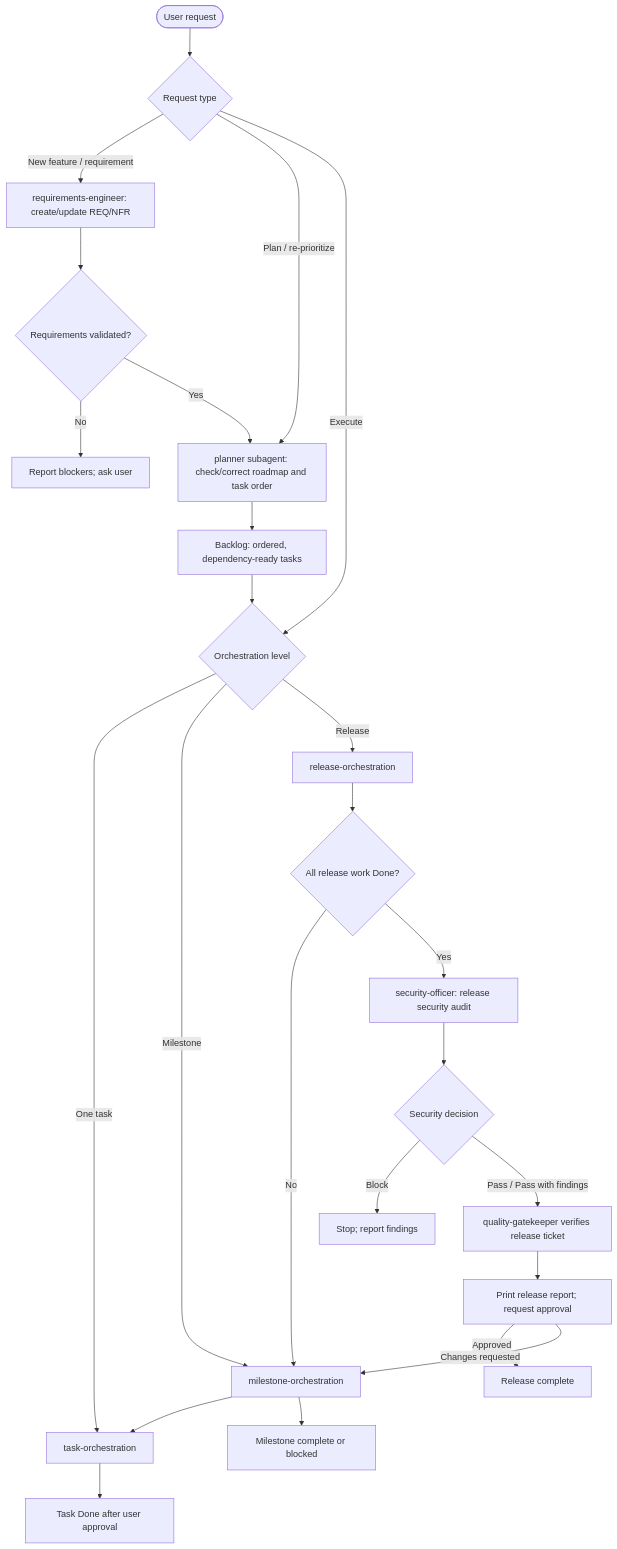
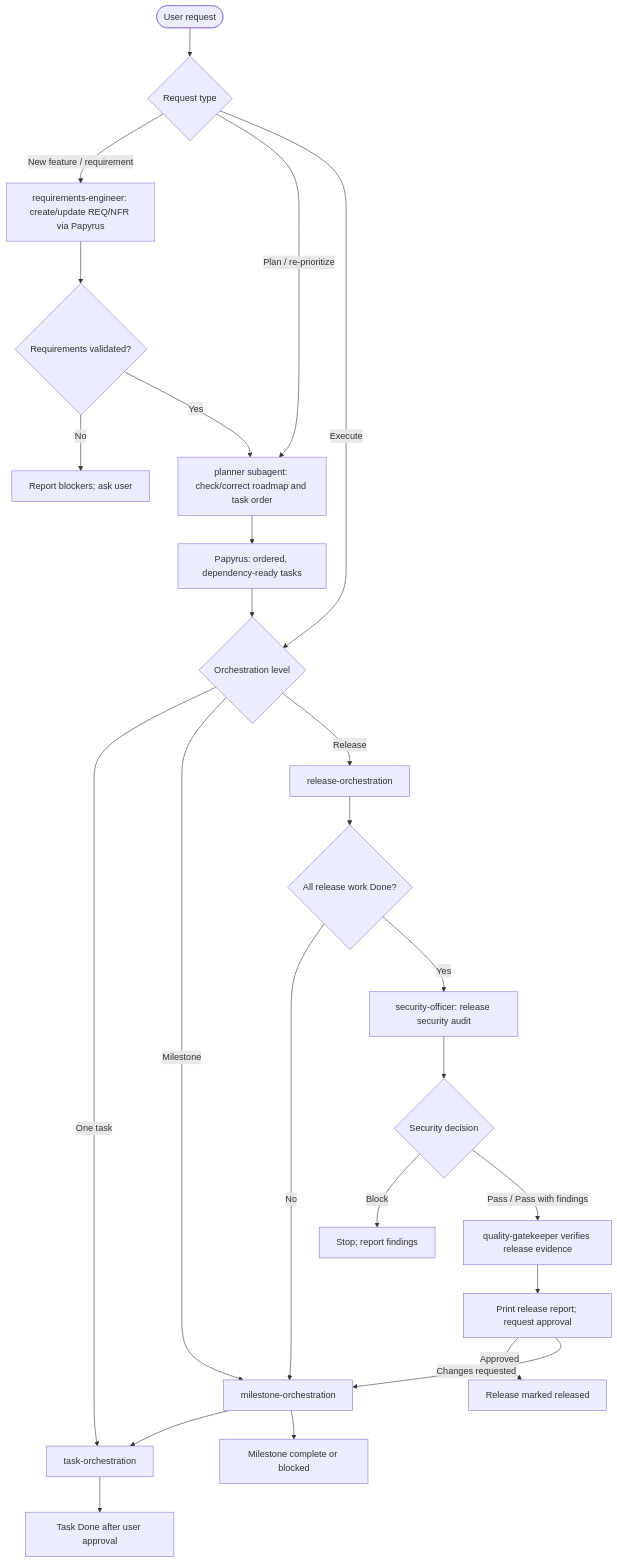
Before and after one commit to lyndametref/opencode-dev-workflow: the first of 5 diagrams in workflows/orchestrator/README.md, drawn with Mermaid. The commit also changed other lines of this file and 65 other files, not shown here.

Commit message:
use papyrus instead of backlog md

````diff
--- a/workflows/orchestrator/README.md
+++ b/workflows/orchestrator/README.md
@@ -23,27 +26,27 @@
 ```mermaid
 flowchart TD
     START([User request]) --> KIND{"Request type"}
-    KIND -->|"New feature / requirement"| REQ["requirements-engineer: create/update REQ/NFR"]
+    KIND -->|"New feature / requirement"| REQ["requirements-engineer: create/update REQ/NFR via Papyrus"]
     REQ --> REQOK{"Requirements validated?"}
     REQOK -->|"No"| REQBLOCK["Report blockers; ask user"]
     REQOK -->|"Yes"| PLAN["planner subagent: check/correct roadmap and task order"]
     KIND -->|"Plan / re-prioritize"| PLAN
     KIND -->|"Execute"| SELECT{"Orchestration level"}
-    PLAN --> READY["Backlog: ordered, dependency-ready tasks"]
+    PLAN --> READY["Papyrus: ordered, dependency-ready tasks"]
     READY --> SELECT
     SELECT -->|"One task"| TASK["task-orchestration"]
     SELECT -->|"Milestone"| MILESTONE["milestone-orchestration"]
     SELECT -->|"Release"| RELEASE["release-orchestration"]
     TASK --> DONE["Task Done after user approval"]
     MILESTONE --> TASK
     MILESTONE --> MDONE["Milestone complete or blocked"]
     RELEASE --> ALLDONE{"All release work Done?"}
     ALLDONE -->|"No"| MILESTONE
     ALLDONE -->|"Yes"| AUDIT["security-officer: release security audit"]
     AUDIT --> DECISION{"Security decision"}
     DECISION -->|"Block"| STOP["Stop; report findings"]
-    DECISION -->|"Pass / Pass with findings"| GATE["quality-gatekeeper verifies release ticket"]
+    DECISION -->|"Pass / Pass with findings"| GATE["quality-gatekeeper verifies release evidence"]
     GATE --> RAPPROVE["Print release report; request approval"]
-    RAPPROVE -->|"Approved"| RDONE["Release complete"]
+    RAPPROVE -->|"Approved"| RDONE["Release marked released"]
     RAPPROVE -->|"Changes requested"| MILESTONE
 ```
````
